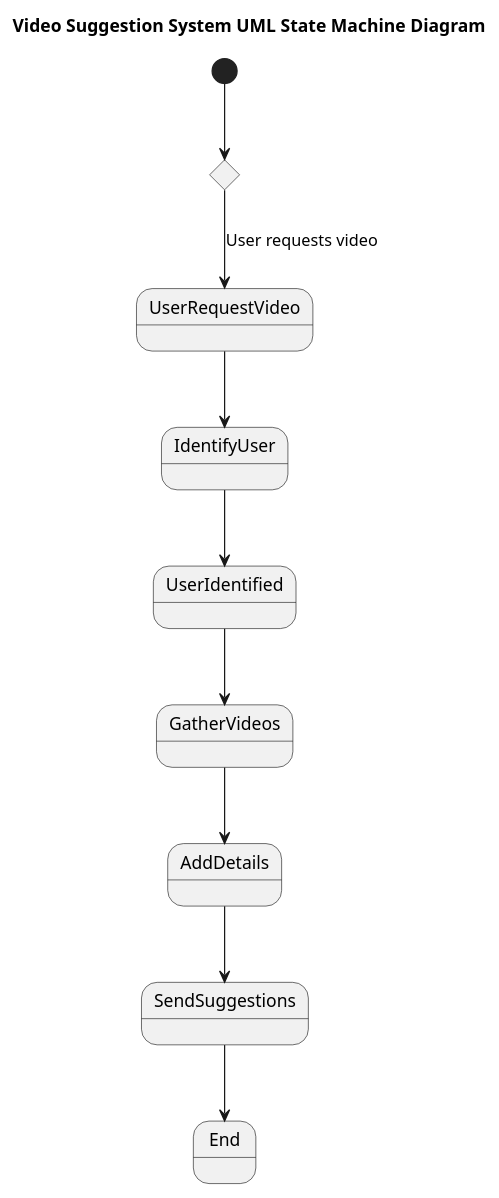
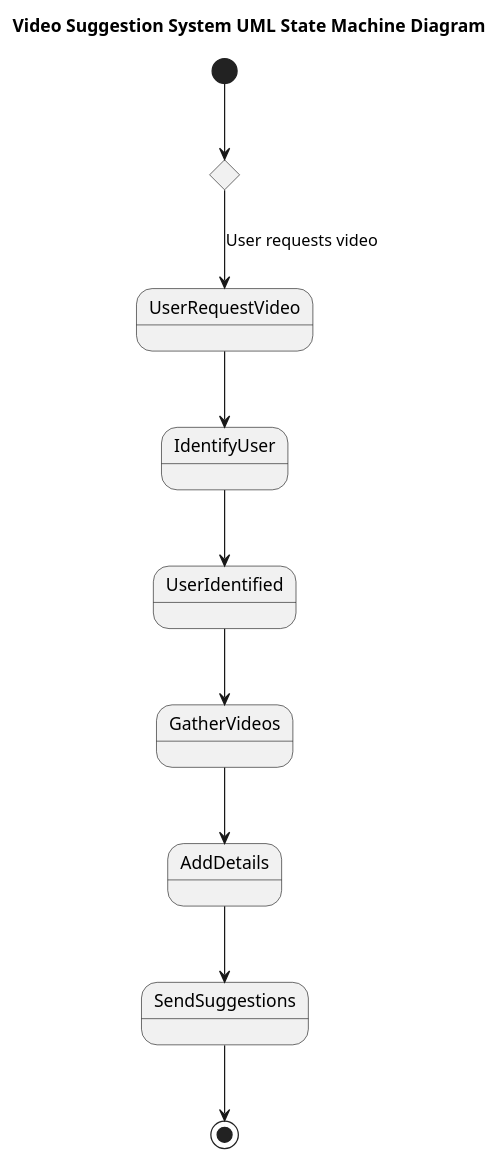
Before and after one commit to maimunafaria/State_transition_Diagram_generated_by_LLM: the diagram in results/plantuml_pipeline_run3/runs/open_source__mistral__rag/case_41_video_suggestion_system/run_01.puml, drawn with PlantUML. The commit also changed 4 other files, not shown here.

```diff
--- a/results/plantuml_pipeline_run3/runs/open_source__mistral__rag/case_41_video_suggestion_system/run_01.puml
+++ b/results/plantuml_pipeline_run3/runs/open_source__mistral__rag/case_41_video_suggestion_system/run_01.puml
@@ -1,22 +1,22 @@
 @startuml
 title Video Suggestion System UML State Machine Diagram
 
 state StartChoice <<choice>>
 state UserRequestVideo
 state IdentifyUser
 state GatherVideos
 state AddDetails
 state SendSuggestions
 
 [*] --> StartChoice
 
 StartChoice --> UserRequestVideo : User requests video
 UserRequestVideo --> IdentifyUser
 IdentifyUser --> UserIdentified
 
 state UserIdentified
 UserIdentified --> GatherVideos
 GatherVideos --> AddDetails
 AddDetails --> SendSuggestions
-SendSuggestions --> End
+SendSuggestions --> [*]
 @enduml
```
